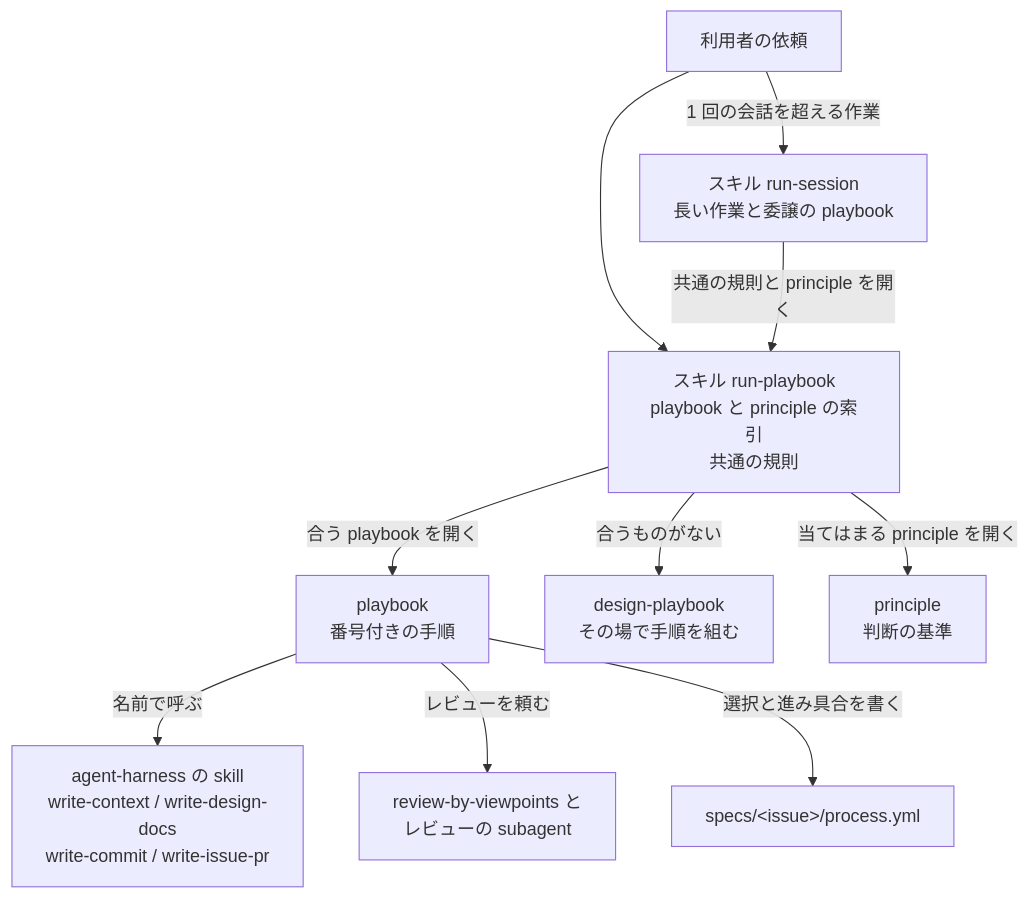
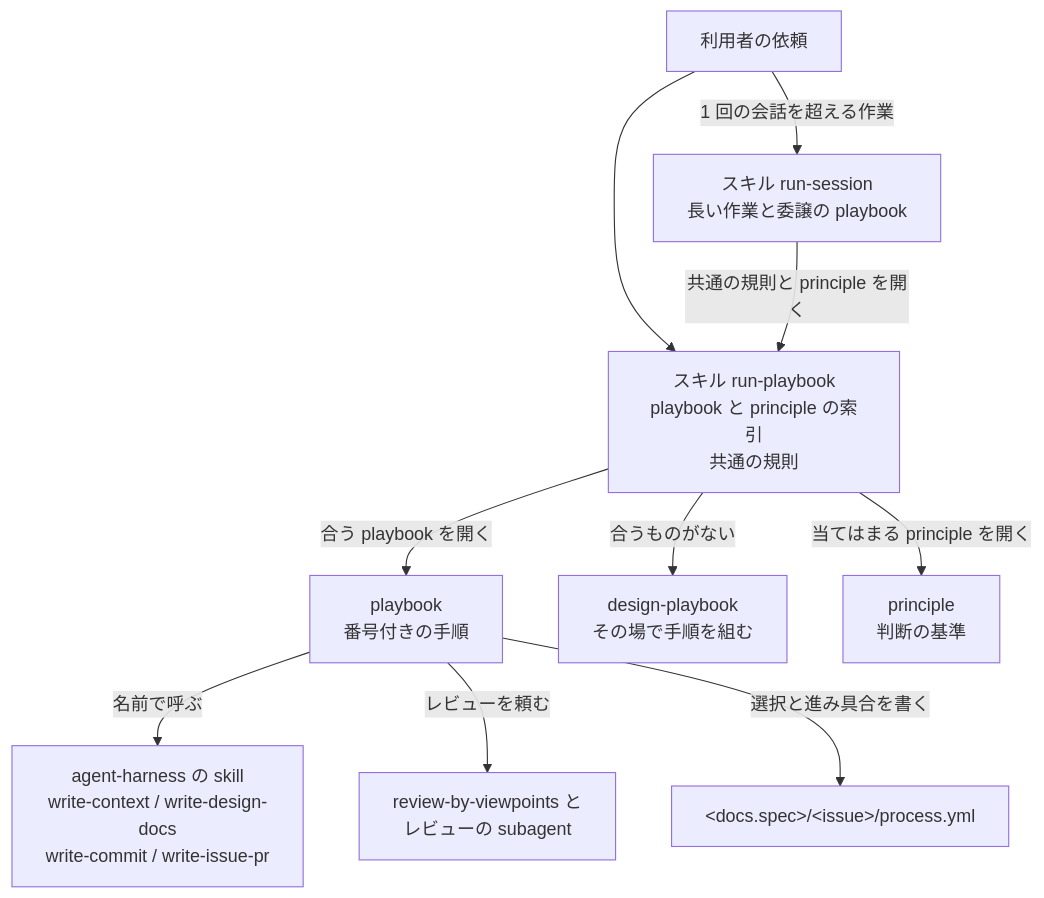
The diagram in design/DesignDoc.md (Fukuemon/agent-playbooks), drawn with Mermaid before and after one commit. The commit also changed other lines of this file, not shown here.

Commit message:
docs: Design Doc に spec と検証の設計の置き場を書く #71

````diff
--- a/design/DesignDoc.md
+++ b/design/DesignDoc.md
@@ -65,12 +65,12 @@
 ```mermaid
 flowchart TB
     user["利用者の依頼"] --> entry["スキル run-playbook<br>playbook と principle の索引<br>共通の規則"]
     user -- "1 回の会話を超える作業" --> sess["スキル run-session<br>長い作業と委譲の playbook"]
     sess -- "共通の規則と principle を開く" --> entry
     entry -- "合う playbook を開く" --> pb["playbook<br>番号付きの手順"]
     entry -- "合うものがない" --> design["design-playbook<br>その場で手順を組む"]
     entry -- "当てはまる principle を開く" --> pr["principle<br>判断の基準"]
     pb -- "名前で呼ぶ" --> ah["agent-harness の skill<br>write-context / write-design-docs<br>write-commit / write-issue-pr"]
     pb -- "レビューを頼む" --> rv["review-by-viewpoints と<br>レビューの subagent"]
-    pb -- "選択と進み具合を書く" --> proc["specs/&lt;issue&gt;/process.yml"]
+    pb -- "選択と進み具合を書く" --> proc["&lt;docs.spec&gt;/&lt;issue&gt;/process.yml"]
 ```
````
